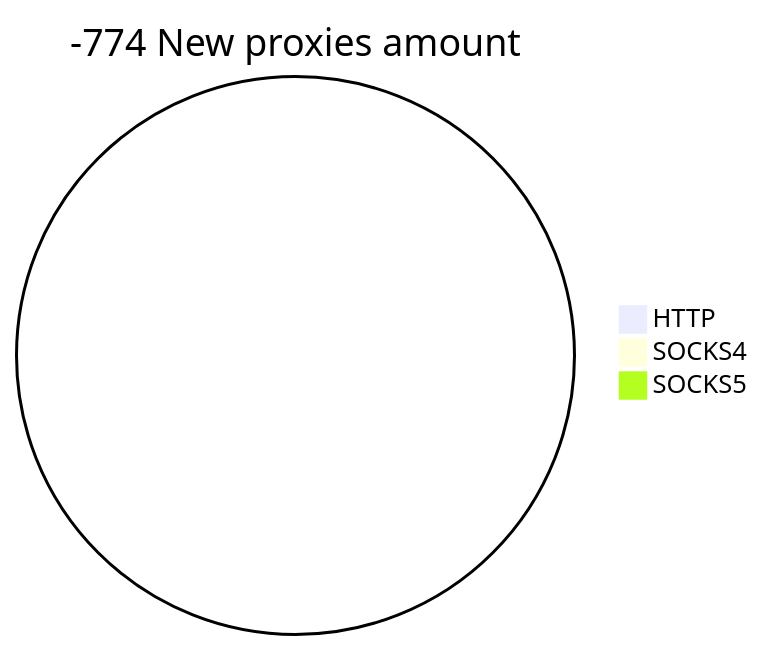
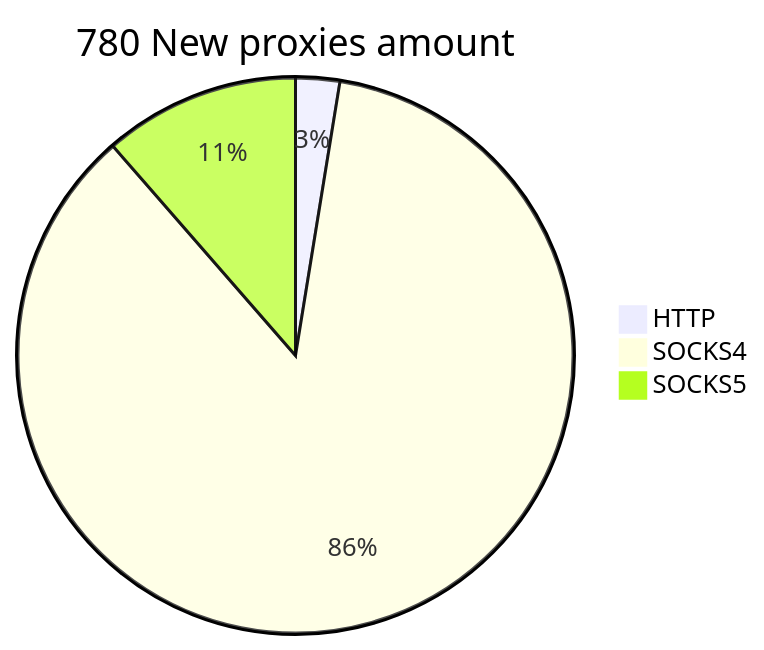
Before and after one commit to cutipu/proxylist: the second of 2 diagrams in README.md, drawn with Mermaid. The commit also changed other lines of this file, not shown here.

````diff
--- a/README.md
+++ b/README.md
@@ -10,6 +10,6 @@
 ```mermaid
-pie title -774 New proxies amount
-    "HTTP" : 0
-    "SOCKS4" : 0
-    "SOCKS5" : 0
+pie title 780 New proxies amount
+    "HTTP" : 20
+    "SOCKS4" : 671
+    "SOCKS5" : 89
 ```
````
